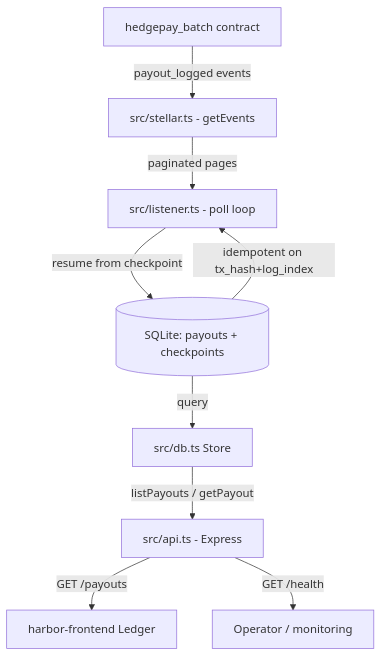
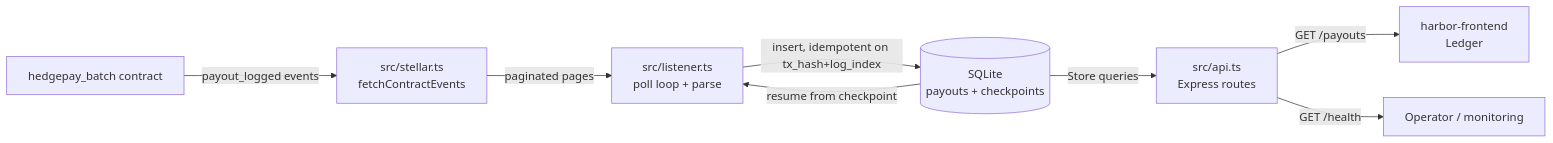
One commit to Harbor-hq/harbor-backend changed the diagram in README.md. Above: the diagram before and after it, drawn with Mermaid. The commit also changed other lines of this file, not shown here.

Commit message:
docs: expand README with detailed function/API reference and aligned diagrams

````diff
--- a/README.md
+++ b/README.md
@@ -73,11 +135,10 @@
 ```mermaid
-graph TD
-    A[hedgepay_batch contract] -->|payout_logged events| B[src/stellar.ts - getEvents]
-    B -->|paginated pages| C[src/listener.ts - poll loop]
-    C -->|resume from checkpoint| D[(SQLite: payouts + checkpoints)]
-    D -->|idempotent on tx_hash+log_index| C
-    D -->|query| E[src/db.ts Store]
-    E -->|listPayouts / getPayout| F[src/api.ts - Express]
-    F -->|GET /payouts| G[harbor-frontend Ledger]
-    F -->|GET /health| H[Operator / monitoring]
+flowchart LR
+    C[hedgepay_batch contract] -->|payout_logged events| S[src/stellar.ts<br/>fetchContractEvents]
+    S -->|paginated pages| L[src/listener.ts<br/>poll loop + parse]
+    L -->|insert, idempotent on tx_hash+log_index| DB[(SQLite<br/>payouts + checkpoints)]
+    DB -->|resume from checkpoint| L
+    DB -->|Store queries| A[src/api.ts<br/>Express routes]
+    A -->|GET /payouts| F[harbor-frontend<br/>Ledger]
+    A -->|GET /health| M[Operator / monitoring]
 ```
````
